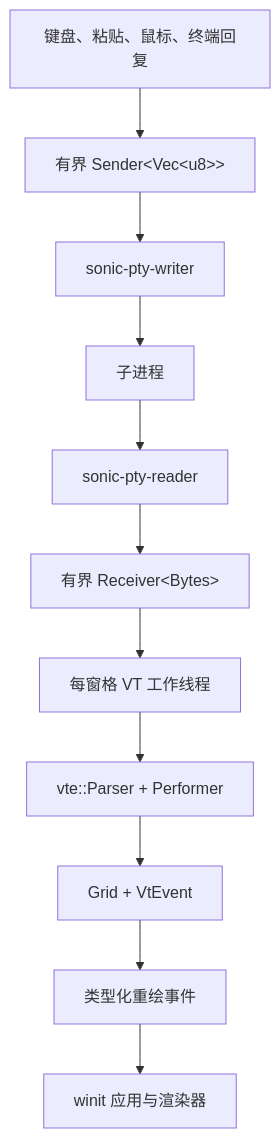
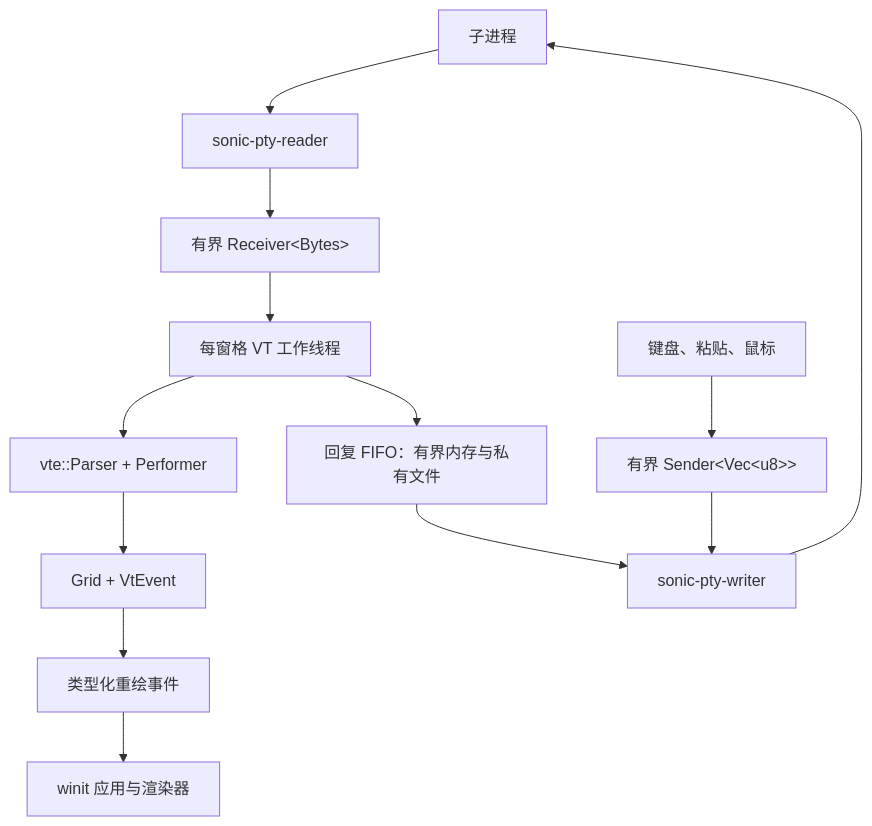
Before and after one commit to D0n9X1n/SonicTerm: the second of 2 diagrams in wiki/Terminal-IO-and-VT.md, drawn with Mermaid. The commit also changed other lines of this file and 23 other files, not shown here.

````diff
--- a/wiki/Terminal-IO-and-VT.md
+++ b/wiki/Terminal-IO-and-VT.md
@@ -315,14 +324,16 @@
 ```mermaid
 flowchart TD
     child["子进程"] --> reader["sonic-pty-reader"]
     reader --> output["有界 Receiver&lt;Bytes&gt;"]
     output --> worker["每窗格 VT 工作线程"]
     worker --> parser["vte::Parser + Performer"]
     parser --> grid["Grid + VtEvent"]
     grid --> redraw["类型化重绘事件"]
     redraw --> app["winit 应用与渲染器"]
 
-    input["键盘、粘贴、鼠标、终端回复"] --> queue["有界 Sender&lt;Vec&lt;u8&gt;&gt;"]
-    queue --> writer["sonic-pty-writer"]
+    input["键盘、粘贴、鼠标"] --> queue["有界 Sender&lt;Vec&lt;u8&gt;&gt;"]
+    worker --> spool["回复 FIFO：有界内存与私有文件"]
+    spool --> writer["sonic-pty-writer"]
+    queue --> writer
     writer --> child
 ```
````
